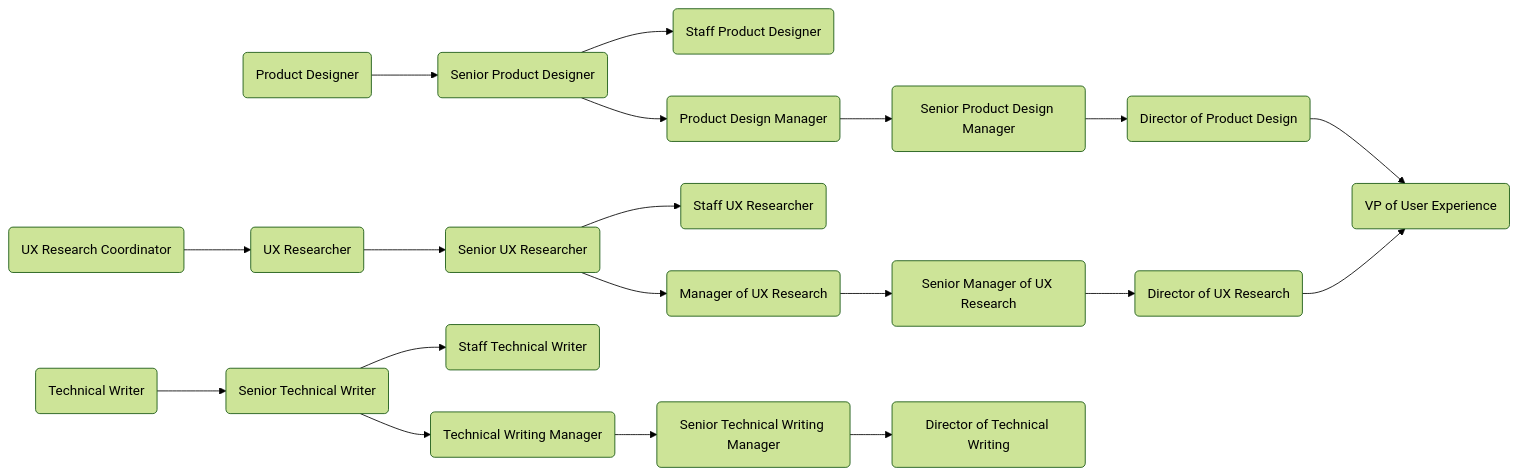
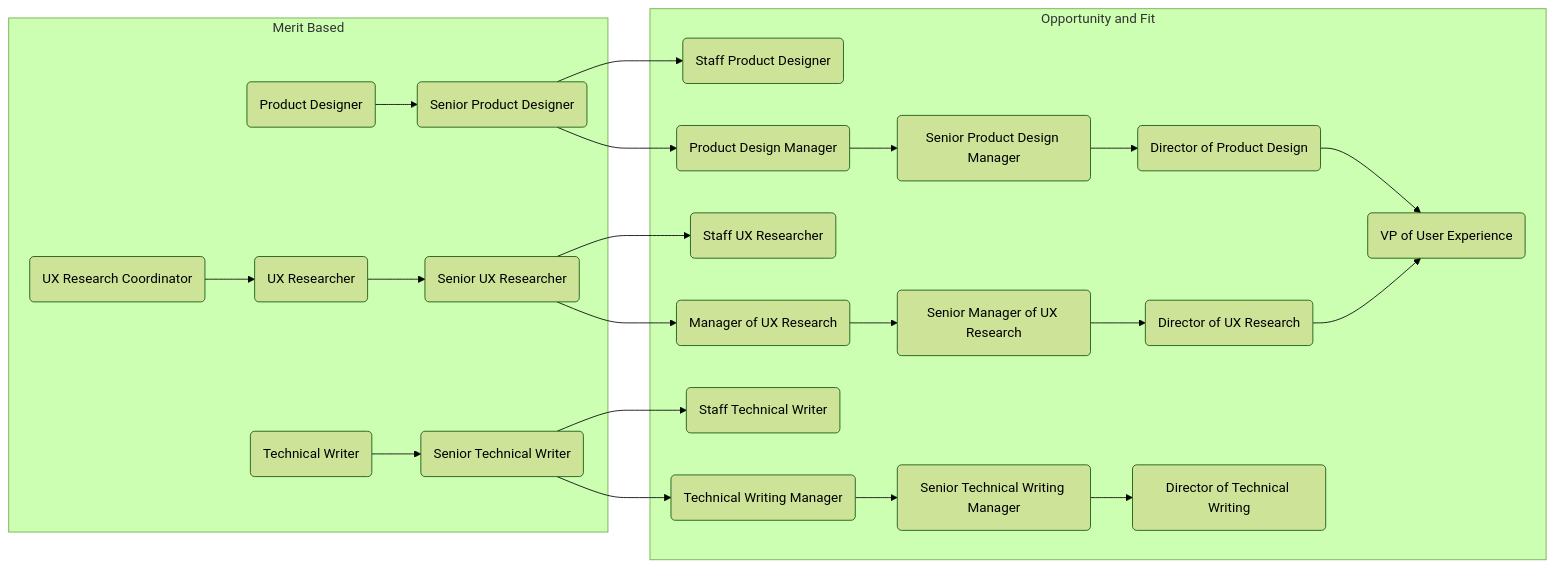
Before and after one commit to secretstartups/handbook: the fifth of 6 diagrams in career-development/index.html.md, drawn with Mermaid (forest theme). The commit also changed other lines of this file, not shown here.

Commit message:
Added subgraphs to all mermaid diagrams

````diff
--- a/career-development/index.html.md
+++ b/career-development/index.html.md
@@ -236,49 +258,51 @@
 ```mermaid
   graph LR;
-  eng:pd(Product Designer)-->eng:spd(Senior Product Designer);
+  subgraph Merit Based
+    eng:pd(Product Designer)-->eng:spd(Senior Product Designer);
+    eng:uxrc(UX Research Coordinator)-->eng:uxr(UX Researcher);
+    eng:uxr(UX Researcher)-->eng:suxr(Senior UX Researcher);
+    eng:tw(Technical Writer)-->eng:stw(Senior Technical Writer);
+  end
 
+subgraph Opportunity and Fit
   eng:spd(Senior Product Designer)-->eng:stpd(Staff Product Designer);
 
   eng:spd(Senior Product Designer)-->eng:pdm(Product Design Manager);
   eng:pdm(Product Design Manager)-->eng:spdm(Senior Product Design Manager);
   eng:spdm(Senior Product Design Manager)-->eng:dpd(Director of Product Design);
   eng:dpd(Director of Product Design)-->eng:vpux(VP of User Experience);
 
-  eng:uxrc(UX Research Coordinator)-->eng:uxr(UX Researcher);
-  eng:uxr(UX Researcher)-->eng:suxr(Senior UX Researcher);
   eng:suxr(Senior UX Researcher)-->eng:stuxr(Staff UX Researcher);
 
   eng:suxr(Senior UX Researcher)-->eng:muxr(Manager of UX Research);
   eng:muxr(Manager of UX Research)-->eng:smuxr(Senior Manager of UX Research);
   eng:smuxr(Senior Manager of UX Research)-->eng:duxr(Director of UX Research);
   eng:duxr(Director of UX Research)-->eng:vpux(VP of User Experience);
-
-  eng:tw(Technical Writer)-->eng:stw(Senior Technical Writer);
-
+  
   eng:stw(Senior Technical Writer)-->eng:sttw(Staff Technical Writer);
-
   eng:stw(Senior Technical Writer)-->eng:mtw(Technical Writing Manager);
   eng:mtw(Technical Writing Manager)-->eng:stwm(Senior Technical Writing Manager);
   eng:stwm(Senior Technical Writing Manager)-->eng:dtw(Director of Technical Writing);
+end
 
   click eng:pd "/job-families/engineering/product-designer/";
   click eng:spd "/job-families/engineering/product-designer/";
   click eng:stpd "/job-families/engineering/product-designer/";
   click eng:pdm "/job-families/engineering/ux-management/";
   click eng:spdm "/job-families/engineering/ux-management/";
   click eng:dpd "/job-families/engineering/ux-management/";
   click eng:uxrc "/job-families/engineering/ux-researcher/";
   click eng:uxr "/job-families/engineering/ux-researcher/";
   click eng:suxr "/job-families/engineering/ux-researcher/";
   click eng:stuxr "/job-families/engineering/ux-researcher/";
   click eng:muxr "/job-families/engineering/ux-research-manager/";
   click eng:smuxr "/job-families/engineering/ux-research-manager/";
   click eng:duxr "/job-families/engineering/ux-research-manager/";
   click eng:tw "/job-families/engineering/technical-writer/";
   click eng:stw "/job-families/engineering/technical-writer/";
   click eng:sttw "/job-families/engineering/technical-writer/";
   click eng:mtw "/job-families/engineering/technical-writing-manager/";
   click eng:stwm "/job-families/engineering/technical-writing-manager/";
   click eng:dtw "/job-families/engineering/technical-writing-manager/";
   click eng:vpux "/job-families/engineering/ux-management/";
 ```
````
